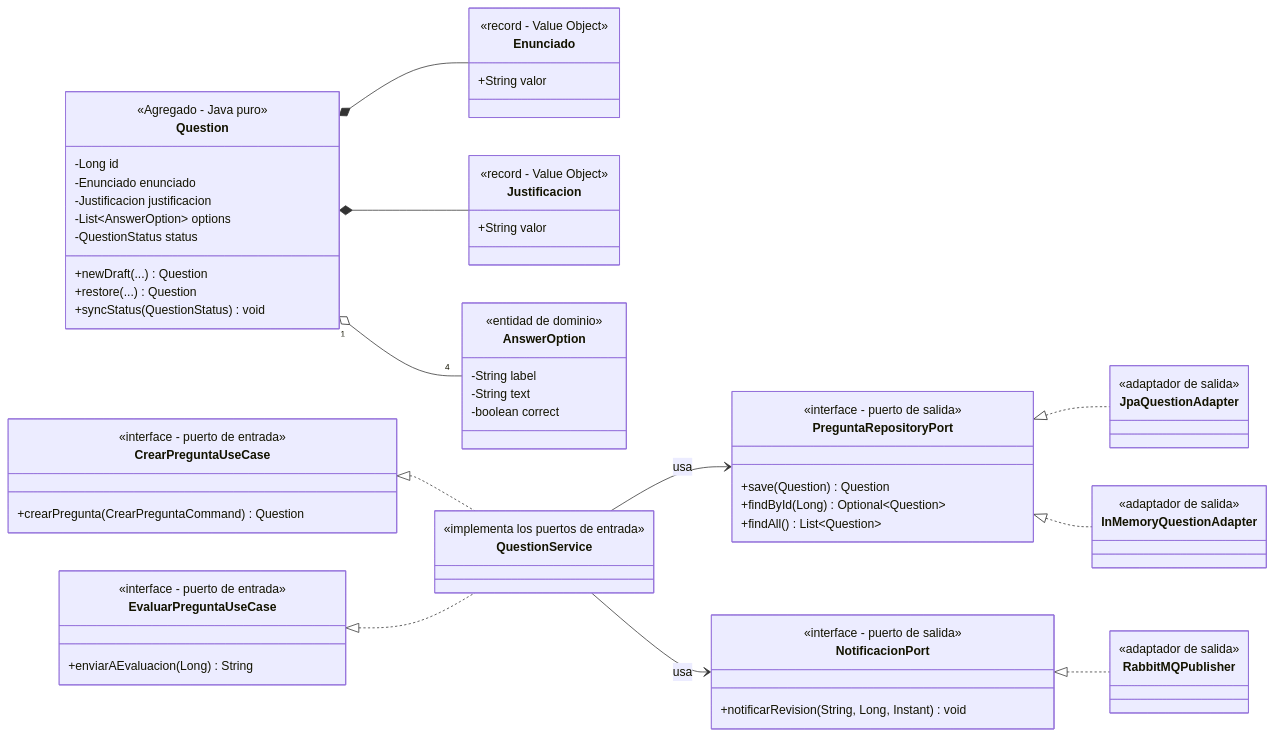
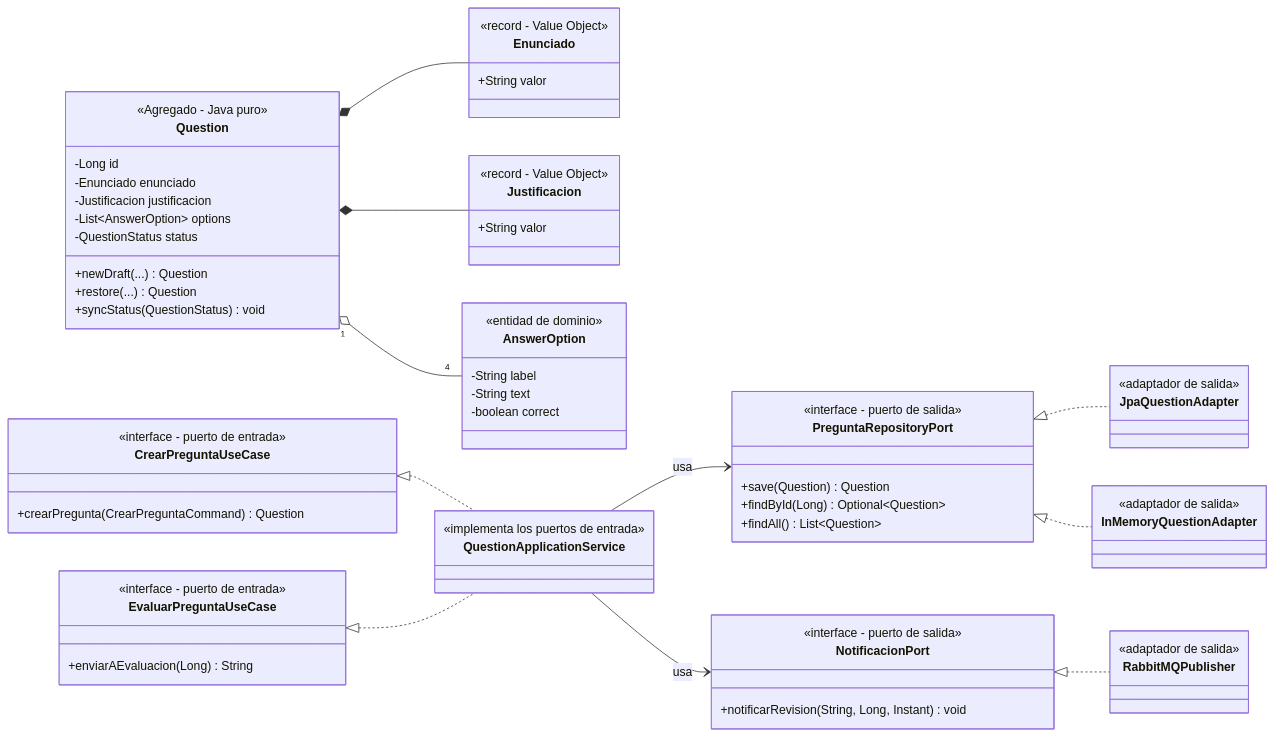
The fourth of 4 diagrams in saberpro-microservicios/docs/INFORME_TECNICO.md (santyxswc/Lab_ing_softwareII), drawn with Mermaid before and after one commit. The commit also changed other lines of this file and 3 other files, not shown here.

````diff
--- a/saberpro-microservicios/docs/INFORME_TECNICO.md
+++ b/saberpro-microservicios/docs/INFORME_TECNICO.md
@@ -206,74 +235,74 @@
 ```mermaid
 classDiagram
     direction LR
 
     class CrearPreguntaUseCase {
       <<interface - puerto de entrada>>
       +crearPregunta(CrearPreguntaCommand) Question
     }
     class EvaluarPreguntaUseCase {
       <<interface - puerto de entrada>>
       +enviarAEvaluacion(Long) String
     }
     class PreguntaRepositoryPort {
       <<interface - puerto de salida>>
       +save(Question) Question
       +findById(Long) Optional~Question~
       +findAll() List~Question~
     }
     class NotificacionPort {
       <<interface - puerto de salida>>
       +notificarRevision(String, Long, Instant) void
     }
 
     class Question {
       <<Agregado - Java puro>>
       -Long id
       -Enunciado enunciado
       -Justificacion justificacion
       -List~AnswerOption~ options
       -QuestionStatus status
       +newDraft(...) Question
       +restore(...) Question
       +syncStatus(QuestionStatus) void
     }
     class Enunciado {
       <<record - Value Object>>
       +String valor
     }
     class Justificacion {
       <<record - Value Object>>
       +String valor
     }
     class AnswerOption {
       <<entidad de dominio>>
       -String label
       -String text
       -boolean correct
     }
 
-    class QuestionService {
+    class QuestionApplicationService {
       <<implementa los puertos de entrada>>
     }
     class JpaQuestionAdapter {
       <<adaptador de salida>>
     }
     class InMemoryQuestionAdapter {
       <<adaptador de salida>>
     }
     class RabbitMQPublisher {
       <<adaptador de salida>>
     }
 
-    CrearPreguntaUseCase <|.. QuestionService
-    EvaluarPreguntaUseCase <|.. QuestionService
+    CrearPreguntaUseCase <|.. QuestionApplicationService
+    EvaluarPreguntaUseCase <|.. QuestionApplicationService
     PreguntaRepositoryPort <|.. JpaQuestionAdapter
     PreguntaRepositoryPort <|.. InMemoryQuestionAdapter
     NotificacionPort <|.. RabbitMQPublisher
 
-    QuestionService --> PreguntaRepositoryPort : usa
-    QuestionService --> NotificacionPort : usa
+    QuestionApplicationService --> PreguntaRepositoryPort : usa
+    QuestionApplicationService --> NotificacionPort : usa
     Question *-- Enunciado
     Question *-- Justificacion
     Question "1" o-- "4" AnswerOption
 ```
````
